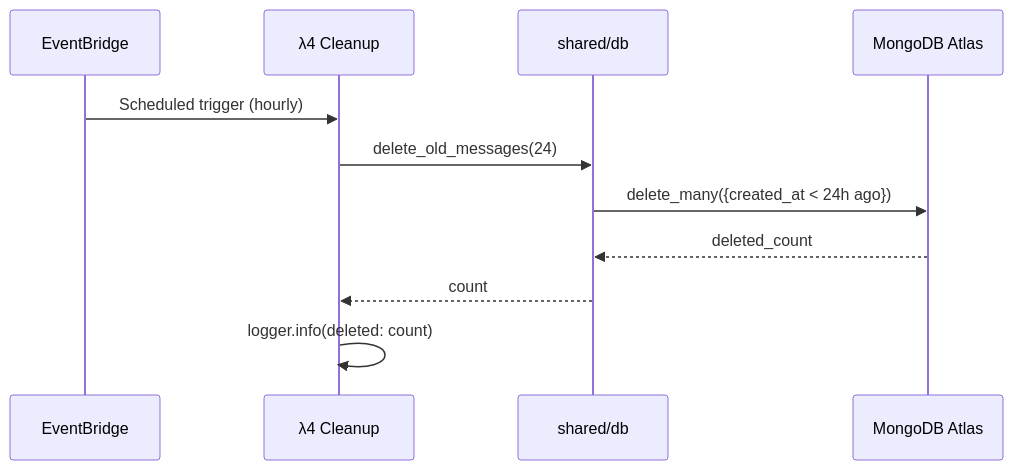
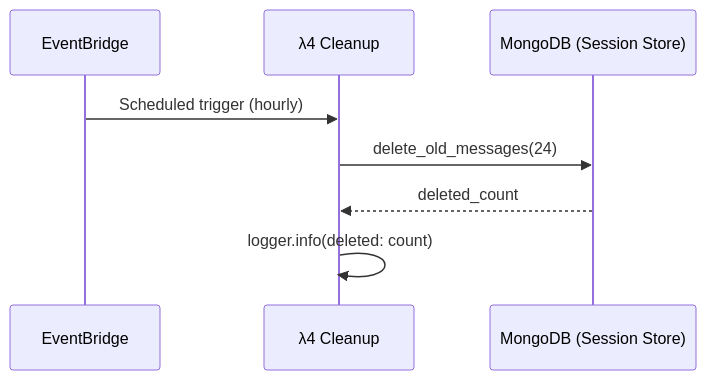
One commit to EB-WildEye/Gali changed the tenth of 11 diagrams in README.md. Above: the diagram before and after it, drawn with Mermaid. The commit also changed other lines of this file, not shown here.

First line of the commit message:
Clarify MongoDB as session store in README

````diff
--- a/README.md
+++ b/README.md
@@ -453,14 +473,11 @@
 ```mermaid
 sequenceDiagram
     participant EB as EventBridge
     participant Clean as λ4 Cleanup
-    participant Shared as shared/db
-    participant Mongo as MongoDB Atlas
+    participant Mongo as MongoDB (Session Store)
 
     EB->>Clean: Scheduled trigger (hourly)
-    Clean->>Shared: delete_old_messages(24)
-    Shared->>Mongo: delete_many({created_at < 24h ago})
-    Mongo-->>Shared: deleted_count
-    Shared-->>Clean: count
+    Clean->>Mongo: delete_old_messages(24)
+    Mongo-->>Clean: deleted_count
     Clean->>Clean: logger.info(deleted: count)
 ```
````
